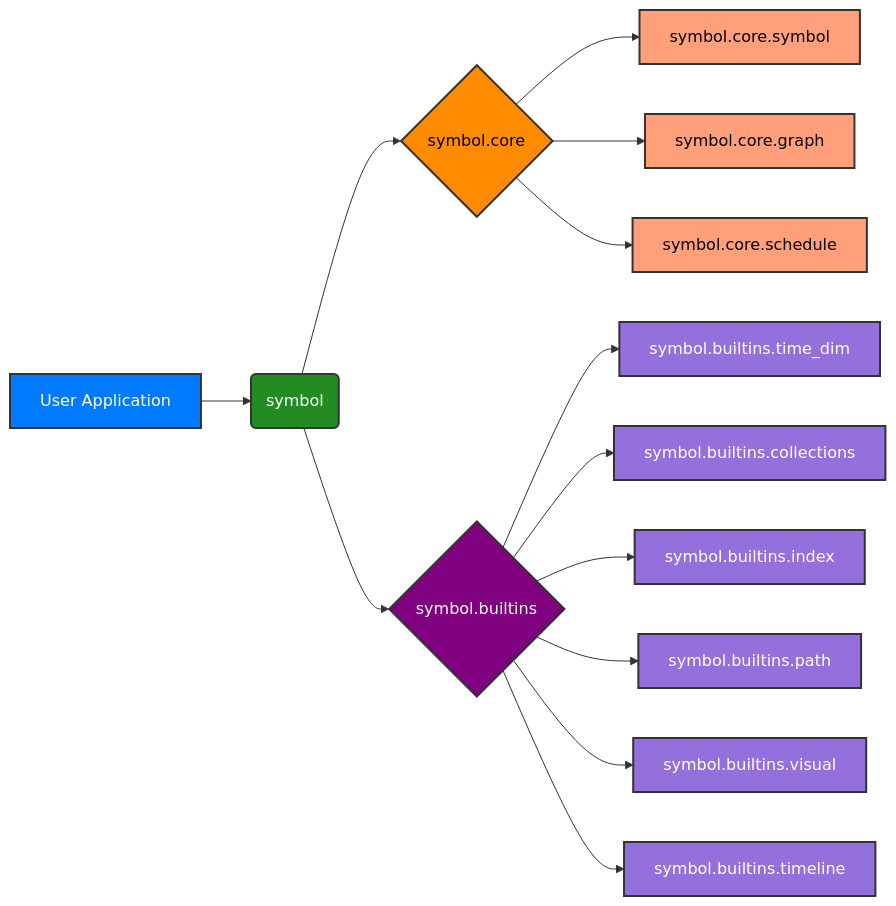
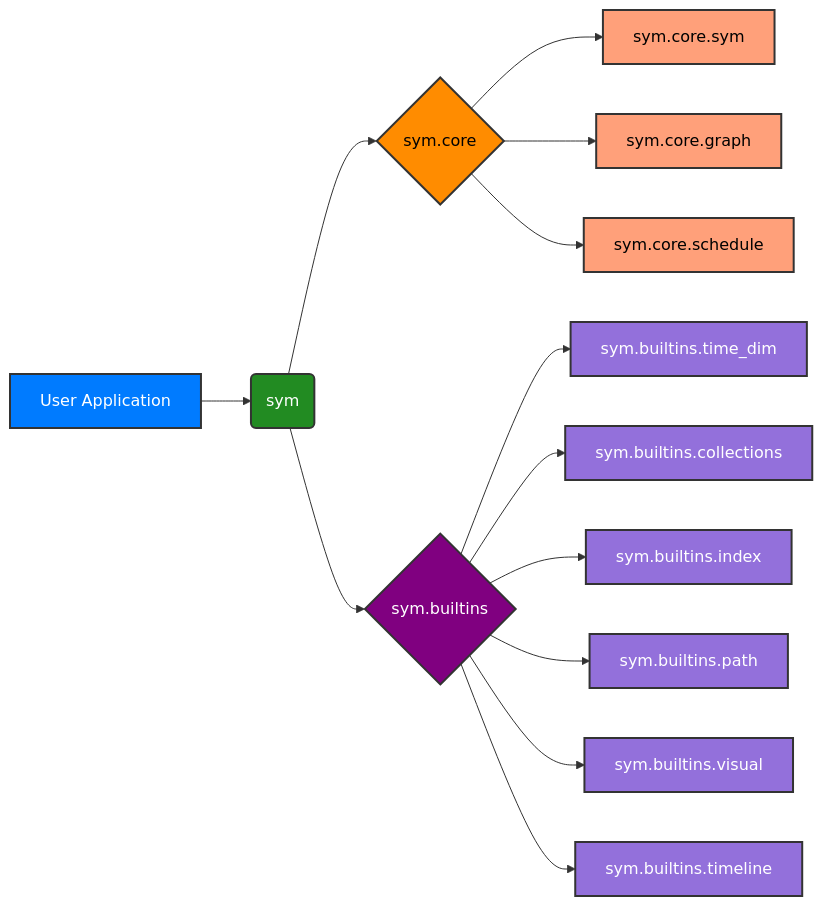
The first of 2 diagrams in docs/development/structure_overview.md (ikko/sym), drawn with Mermaid before and after one commit. The commit also changed other lines of this file and 104 other files, not shown here.

````diff
--- a/docs/development/structure_overview.md
+++ b/docs/development/structure_overview.md
@@ -8,29 +8,29 @@
 ```mermaid
 graph LR
-    A[User Application] --> B(symbol)
-    B --> C{symbol.core}
-    B --> D{symbol.builtins}
-    C --> E[symbol.core.symbol]
-    C --> F[symbol.core.graph]
-    C --> G[symbol.core.schedule]
-    D --> H[symbol.builtins.time_dim]
-    D --> I[symbol.builtins.collections]
-    D --> J[symbol.builtins.index]
-    D --> K[symbol.builtins.path]
-    D --> L[symbol.builtins.visual]
-    D --> M[symbol.builtins.timeline]
+    A[User Application] --> B(sym)
+    B --> C{sym.core}
+    B --> D{sym.builtins}
+    C --> E[sym.core.sym]
+    C --> F[sym.core.graph]
+    C --> G[sym.core.schedule]
+    D --> H[sym.builtins.time_dim]
+    D --> I[sym.builtins.collections]
+    D --> J[sym.builtins.index]
+    D --> K[sym.builtins.path]
+    D --> L[sym.builtins.visual]
+    D --> M[sym.builtins.timeline]
     
     style A fill:#007BFF,stroke:#333,stroke-width:2px,color:#FFFFFF;
     style B fill:#228B22,stroke:#333,stroke-width:2px,color:#FFFFFF;
     style C fill:#FF8C00,stroke:#333,stroke-width:2px,color:#000000;
     style D fill:#800080,stroke:#333,stroke-width:2px,color:#FFFFFF;
     style E fill:#FFA07A,stroke:#333,stroke-width:2px,color:#000000;
     style F fill:#FFA07A,stroke:#333,stroke-width:2px,color:#000000;
     style G fill:#FFA07A,stroke:#333,stroke-width:2px,color:#000000;
     style H fill:#9370DB,stroke:#333,stroke-width:2px,color:#FFFFFF;
     style I fill:#9370DB,stroke:#333,stroke-width:2px,color:#FFFFFF;
     style J fill:#9370DB,stroke:#333,stroke-width:2px,color:#FFFFFF;
     style K fill:#9370DB,stroke:#333,stroke-width:2px,color:#FFFFFF;
     style L fill:#9370DB,stroke:#333,stroke-width:2px,color:#FFFFFF;
     style M fill:#9370DB,stroke:#333,stroke-width:2px,color:#FFFFFF;
 ```
````
